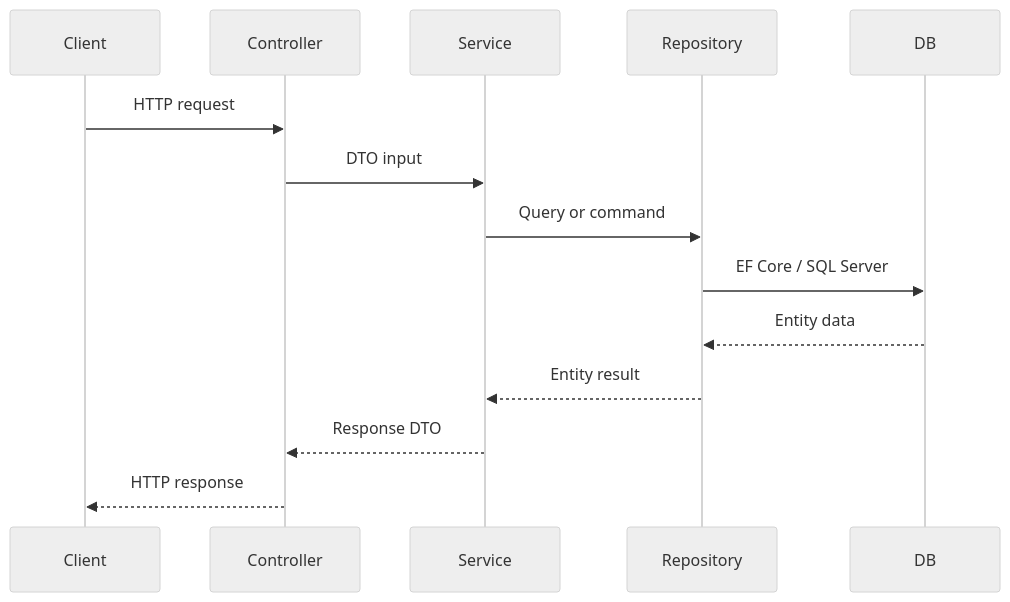
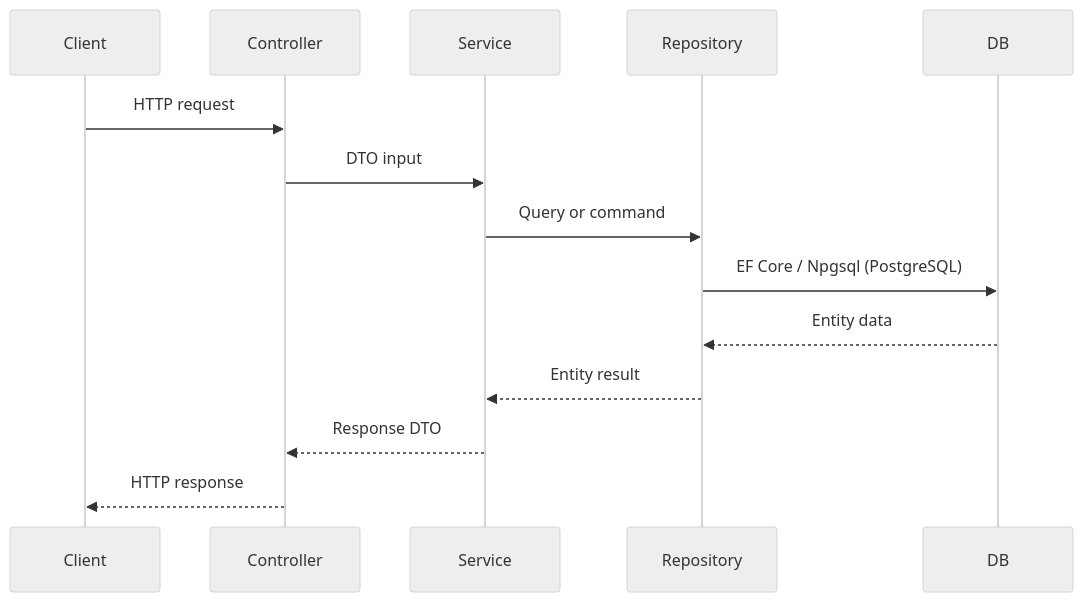
One commit to Bao-2005/MangaManagementSystem changed the diagram in MangaManagementSystem.WebApi/docs/AGENTS.md. Above: the diagram before and after it, drawn with Mermaid (neutral theme). The commit also changed other lines of this file and 27 other files, not shown here.

````diff
--- a/MangaManagementSystem.WebApi/docs/AGENTS.md
+++ b/MangaManagementSystem.WebApi/docs/AGENTS.md
@@ -23,16 +23,16 @@
 ```mermaid
 sequenceDiagram
   participant Client
   participant Controller
   participant Service
   participant Repository
   participant DB
   Client->>Controller: HTTP request
   Controller->>Service: DTO input
   Service->>Repository: Query or command
-  Repository->>DB: EF Core / SQL Server
+  Repository->>DB: EF Core / Npgsql (PostgreSQL)
   DB-->>Repository: Entity data
   Repository-->>Service: Entity result
   Service-->>Controller: Response DTO
   Controller-->>Client: HTTP response
 ```
````
